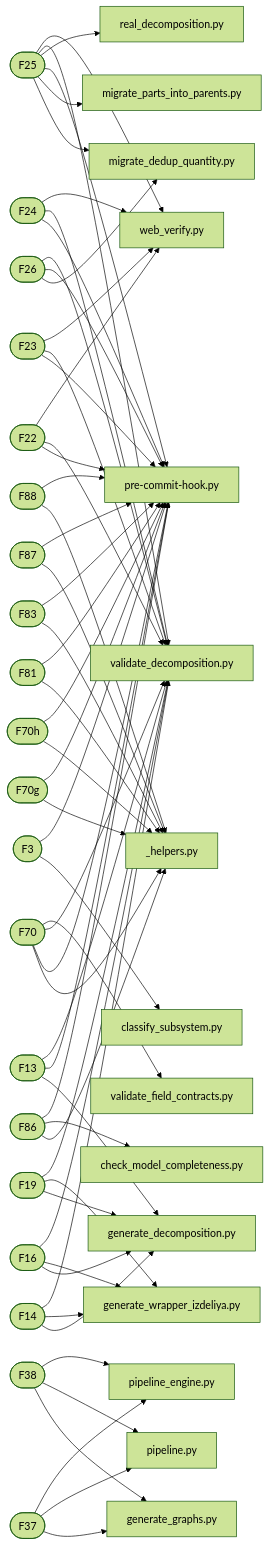
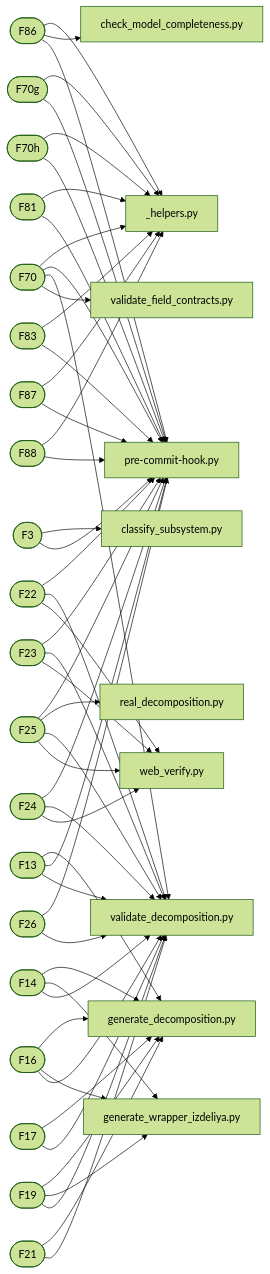
The diagram in graphs/mermaid/graph3_traceability.md (a-m-e-n-t-e-t/SkyNet), drawn with Mermaid (forest theme) before and after one commit. The commit also changed other lines of this file and 17 other files, not shown here.

````diff
--- a/graphs/mermaid/graph3_traceability.md
+++ b/graphs/mermaid/graph3_traceability.md
@@ -3,18 +3,5 @@
 ```mermaid
 graph LR
-    F25([F25])
-    script_migrate_dedup_quantity_py[migrate_dedup_quantity.py]
-    F25 --> script_migrate_dedup_quantity_py
-    script_migrate_parts_into_parents_py[migrate_parts_into_parents.py]
-    F25 --> script_migrate_parts_into_parents_py
-    script_pre-commit-hook_py[pre-commit-hook.py]
-    F25 --> script_pre-commit-hook_py
-    script_real_decomposition_py[real_decomposition.py]
-    F25 --> script_real_decomposition_py
-    script_validate_decomposition_py[validate_decomposition.py]
-    F25 --> script_validate_decomposition_py
-    script_web_verify_py[web_verify.py]
-    F25 --> script_web_verify_py
     F70([F70])
     script__helpers_py[_helpers.py]
     F70 --> script__helpers_py
@@ -24,6 +11,15 @@
     F70 --> script_validate_decomposition_py
     script_validate_field_contracts_py[validate_field_contracts.py]
     F70 --> script_validate_field_contracts_py
+    F25([F25])
+    script_pre-commit-hook_py[pre-commit-hook.py]
+    F25 --> script_pre-commit-hook_py
+    script_real_decomposition_py[real_decomposition.py]
+    F25 --> script_real_decomposition_py
+    script_validate_decomposition_py[validate_decomposition.py]
+    F25 --> script_validate_decomposition_py
+    script_web_verify_py[web_verify.py]
+    F25 --> script_web_verify_py
     F86([F86])
     script__helpers_py[_helpers.py]
     F86 --> script__helpers_py
@@ -59,13 +55,6 @@
     F19 --> script_generate_wrapper_izdeliya_py
     script_validate_decomposition_py[validate_decomposition.py]
     F19 --> script_validate_decomposition_py
-    F26([F26])
-    script_migrate_dedup_quantity_py[migrate_dedup_quantity.py]
-    F26 --> script_migrate_dedup_quantity_py
-    script_pre-commit-hook_py[pre-commit-hook.py]
-    F26 --> script_pre-commit-hook_py
-    script_validate_decomposition_py[validate_decomposition.py]
-    F26 --> script_validate_decomposition_py
     F22([F22])
     script_pre-commit-hook_py[pre-commit-hook.py]
     F22 --> script_pre-commit-hook_py
@@ -87,20 +76,6 @@
     F24 --> script_validate_decomposition_py
     script_web_verify_py[web_verify.py]
     F24 --> script_web_verify_py
-    F37([F37])
-    script_generate_graphs_py[generate_graphs.py]
-    F37 --> script_generate_graphs_py
-    script_pipeline_py[pipeline.py]
-    F37 --> script_pipeline_py
-    script_pipeline_engine_py[pipeline_engine.py]
-    F37 --> script_pipeline_engine_py
-    F38([F38])
-    script_generate_graphs_py[generate_graphs.py]
-    F38 --> script_generate_graphs_py
-    script_pipeline_py[pipeline.py]
-    F38 --> script_pipeline_py
-    script_pipeline_engine_py[pipeline_engine.py]
-    F38 --> script_pipeline_engine_py
     F70g([F70g])
     script__helpers_py[_helpers.py]
     F70g --> script__helpers_py
@@ -136,4 +111,19 @@
     F3 --> script_classify_subsystem_py
     script_pre-commit-hook_py[pre-commit-hook.py]
     F3 --> script_pre-commit-hook_py
+    F17([F17])
+    script_generate_decomposition_py[generate_decomposition.py]
+    F17 --> script_generate_decomposition_py
+    script_validate_decomposition_py[validate_decomposition.py]
+    F17 --> script_validate_decomposition_py
+    F21([F21])
+    script_generate_decomposition_py[generate_decomposition.py]
+    F21 --> script_generate_decomposition_py
+    script_validate_decomposition_py[validate_decomposition.py]
+    F21 --> script_validate_decomposition_py
+    F26([F26])
+    script_pre-commit-hook_py[pre-commit-hook.py]
+    F26 --> script_pre-commit-hook_py
+    script_validate_decomposition_py[validate_decomposition.py]
+    F26 --> script_validate_decomposition_py
 ```
````
